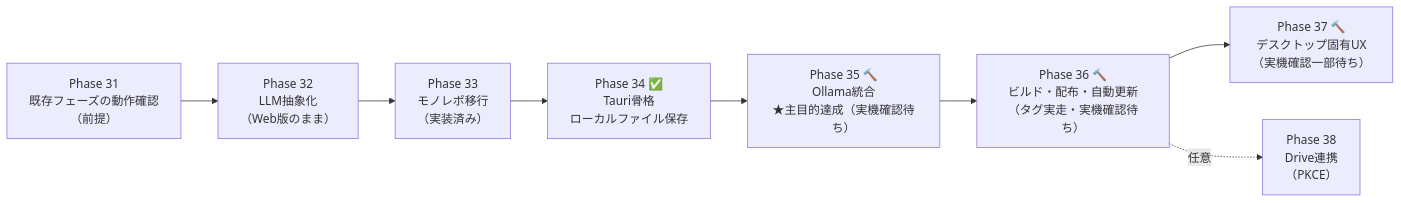
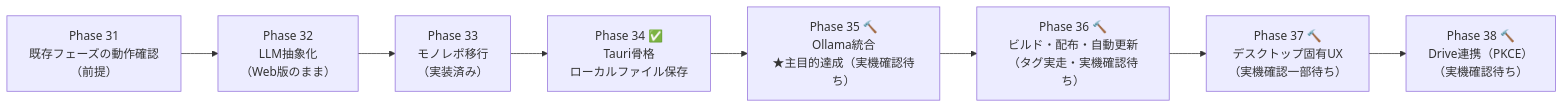
One commit to mayamaura/ai-idea-map changed the diagram in docs/desktop/README.md. Above: the diagram before and after it, drawn with Mermaid. The commit also changed other lines of this file and 27 other files, not shown here.

````diff
--- a/docs/desktop/README.md
+++ b/docs/desktop/README.md
@@ -185,10 +209,10 @@
 ```mermaid
 graph LR
     P31["Phase 31<br/>既存フェーズの動作確認<br/>（前提）"] --> P32["Phase 32<br/>LLM抽象化<br/>（Web版のまま）"]
     P32 --> P33["Phase 33<br/>モノレポ移行<br/>（実装済み）"]
     P33 --> P34["Phase 34 ✅<br/>Tauri骨格<br/>ローカルファイル保存"]
     P34 --> P35["Phase 35 🔨<br/>Ollama統合<br/>★主目的達成（実機確認待ち）"]
     P35 --> P36["Phase 36 🔨<br/>ビルド・配布・自動更新<br/>（タグ実走・実機確認待ち）"]
     P36 --> P37["Phase 37 🔨<br/>デスクトップ固有UX<br/>（実機確認一部待ち）"]
-    P36 -.任意.-> P38["Phase 38<br/>Drive連携<br/>（PKCE）"]
+    P37 --> P38["Phase 38 🔨<br/>Drive連携（PKCE）<br/>（実機確認待ち）"]
 ```
````
